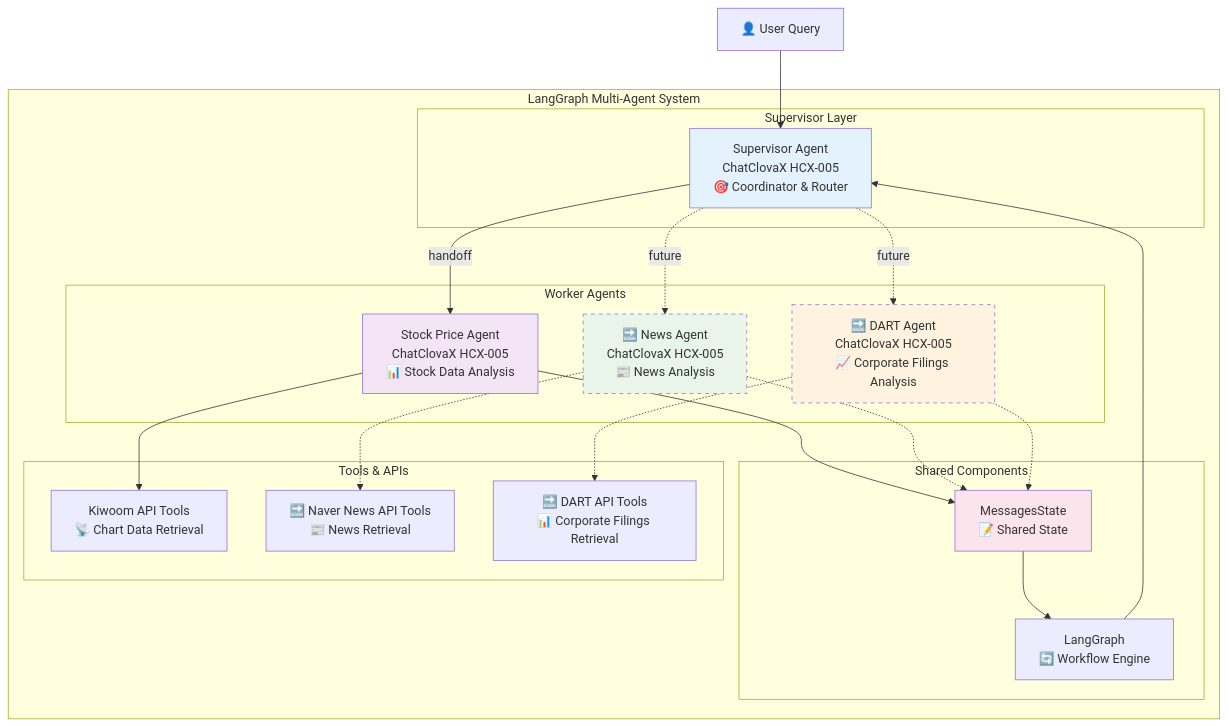
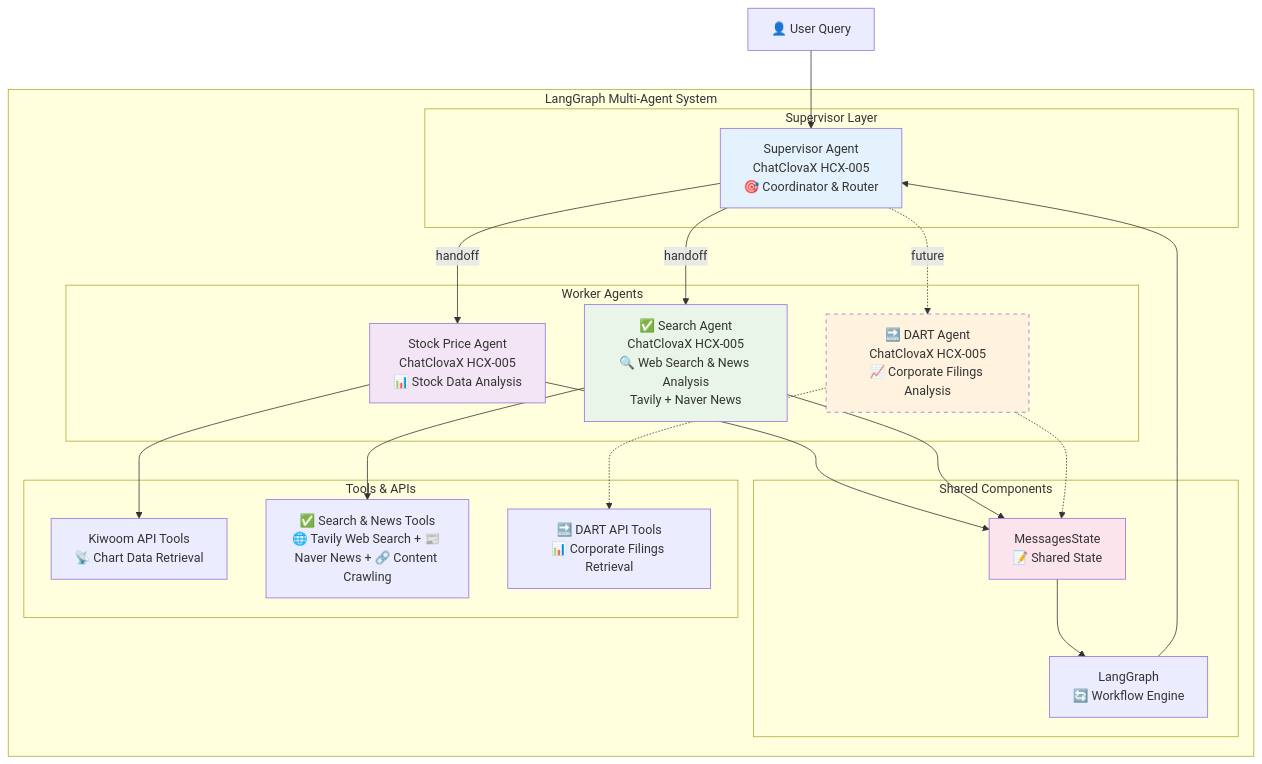
The second of 12 diagrams in backend/MULTI_AGENT_SYSTEM_DOCUMENTATION.md (yuujinnn/Stockreport-reader), drawn with Mermaid before and after one commit. The commit also changed other lines of this file and 16 other files, not shown here.

````diff
--- a/backend/MULTI_AGENT_SYSTEM_DOCUMENTATION.md
+++ b/backend/MULTI_AGENT_SYSTEM_DOCUMENTATION.md
@@ -87,47 +87,47 @@
 ```mermaid
 graph TB
     subgraph "LangGraph Multi-Agent System"
         subgraph "Supervisor Layer"
             Supervisor[Supervisor Agent<br/>ChatClovaX HCX-005<br/>🎯 Coordinator & Router]
         end
         
         subgraph "Worker Agents"
             StockAgent[Stock Price Agent<br/>ChatClovaX HCX-005<br/>📊 Stock Data Analysis]
-            NewsAgent[🔜 News Agent<br/>ChatClovaX HCX-005<br/>📰 News Analysis]
+            SearchAgent[✅ Search Agent<br/>ChatClovaX HCX-005<br/>🔍 Web Search & News Analysis<br/>Tavily + Naver News]
             DARTAgent[🔜 DART Agent<br/>ChatClovaX HCX-005<br/>📈 Corporate Filings Analysis]
         end
         
         subgraph "Shared Components"
             State[MessagesState<br/>📝 Shared State]
             Graph[LangGraph<br/>🔄 Workflow Engine]
         end
         
         subgraph "Tools & APIs"
             KiwoomTools[Kiwoom API Tools<br/>📡 Chart Data Retrieval]
-            NewsTools[🔜 Naver News API Tools<br/>📰 News Retrieval]
+            SearchTools[✅ Search & News Tools<br/>🌐 Tavily Web Search + 📰 Naver News + 🔗 Content Crawling]
             DARTTools[🔜 DART API Tools<br/>📊 Corporate Filings Retrieval]
         end
     end
     
     User[👤 User Query] --> Supervisor
     Supervisor -->|handoff| StockAgent
-    Supervisor -.->|future| NewsAgent
+    Supervisor -->|handoff| SearchAgent
     Supervisor -.->|future| DARTAgent
     
     StockAgent --> KiwoomTools
-    NewsAgent -.-> NewsTools
+    SearchAgent --> SearchTools
     DARTAgent -.-> DARTTools
     
     StockAgent --> State
-    NewsAgent -.-> State
+    SearchAgent --> State
     DARTAgent -.-> State
     
     State --> Graph
     Graph --> Supervisor
     
     style Supervisor fill:#e3f2fd
     style StockAgent fill:#f3e5f5
-    style NewsAgent fill:#e8f5e8,stroke-dasharray: 5 5
+    style SearchAgent fill:#e8f5e8
     style DARTAgent fill:#fff3e0,stroke-dasharray: 5 5
     style State fill:#fce4ec
 ```
````
